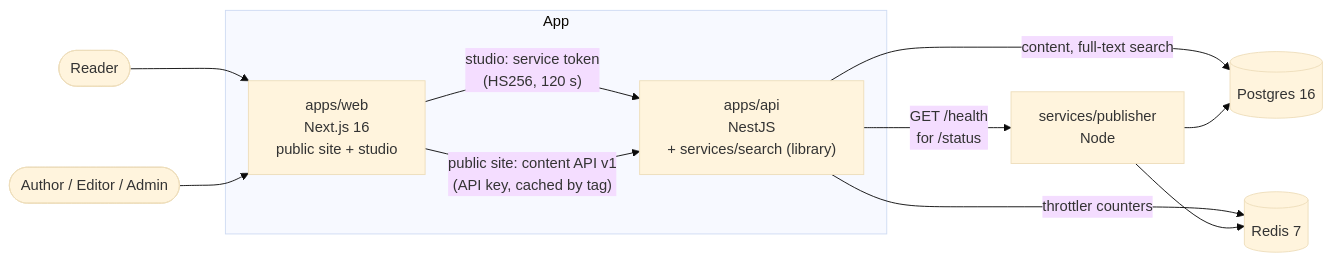
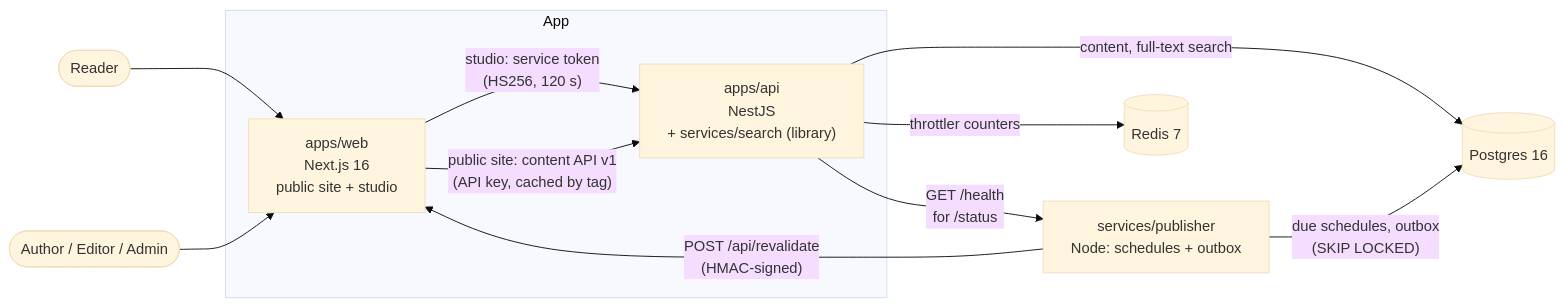
Before and after one commit to bastian-red/headless-cms: the first of 3 diagrams in README.md, drawn with Mermaid (base theme). The commit also changed other lines of this file and 37 other files, not shown here.

First line of the commit message:
Publisher: scheduled publishing and signed revalidation webhooks

````diff
--- a/README.md
+++ b/README.md
@@ -21,17 +22,17 @@
 ```mermaid
 flowchart LR
   reader([Reader]) --> web
   writer([Author / Editor / Admin]) --> web
 
   subgraph app ["App"]
     web["apps/web<br/>Next.js 16<br/>public site + studio"] -->|"studio: service token<br/>(HS256, 120 s)"| api["apps/api<br/>NestJS<br/>+ services/search (library)"]
     web -->|"public site: content API v1<br/>(API key, cached by tag)"| api
   end
-  publisher["services/publisher<br/>Node"]
+  publisher["services/publisher<br/>Node: schedules + outbox"]
 
   api -->|"content, full-text search"| pg[(Postgres 16)]
   api -->|"throttler counters"| redis[(Redis 7)]
   api -->|"GET /health<br/>for /status"| publisher
-  publisher --> pg
-  publisher --> redis
+  publisher -->|"due schedules, outbox<br/>(SKIP LOCKED)"| pg
+  publisher -->|"POST /api/revalidate<br/>(HMAC-signed)"| web
 ```
````
